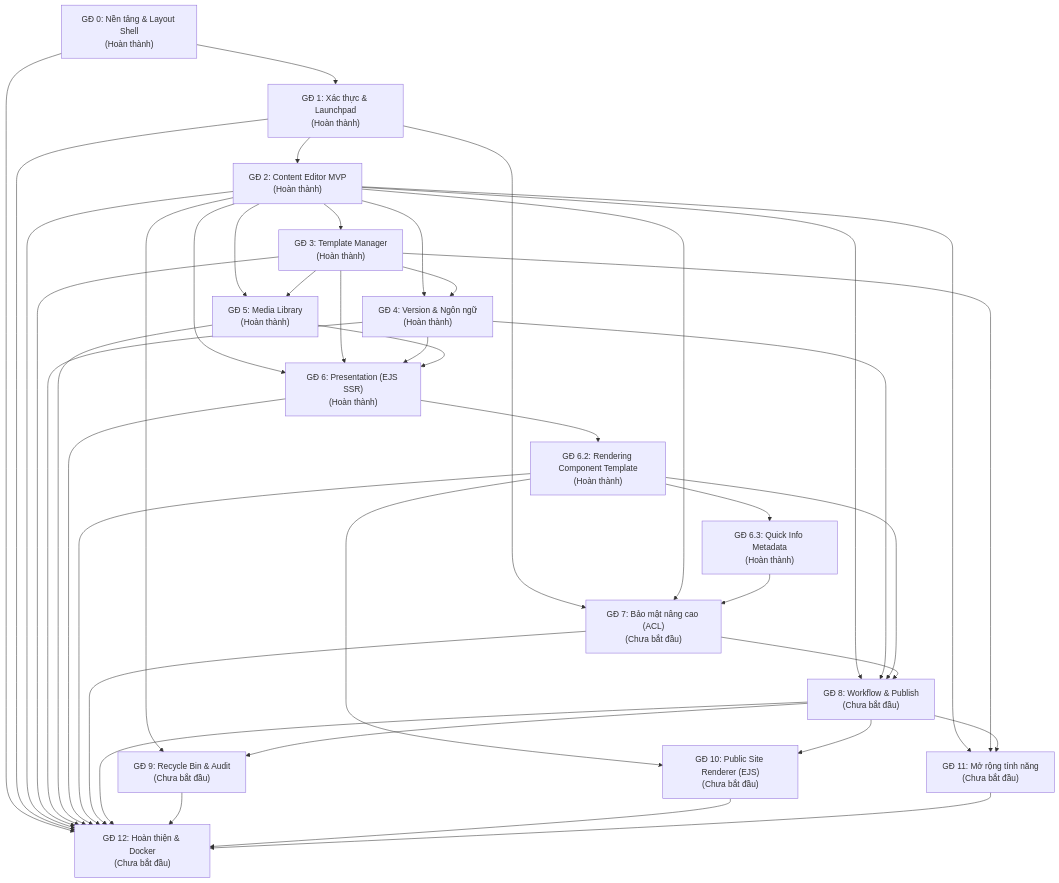
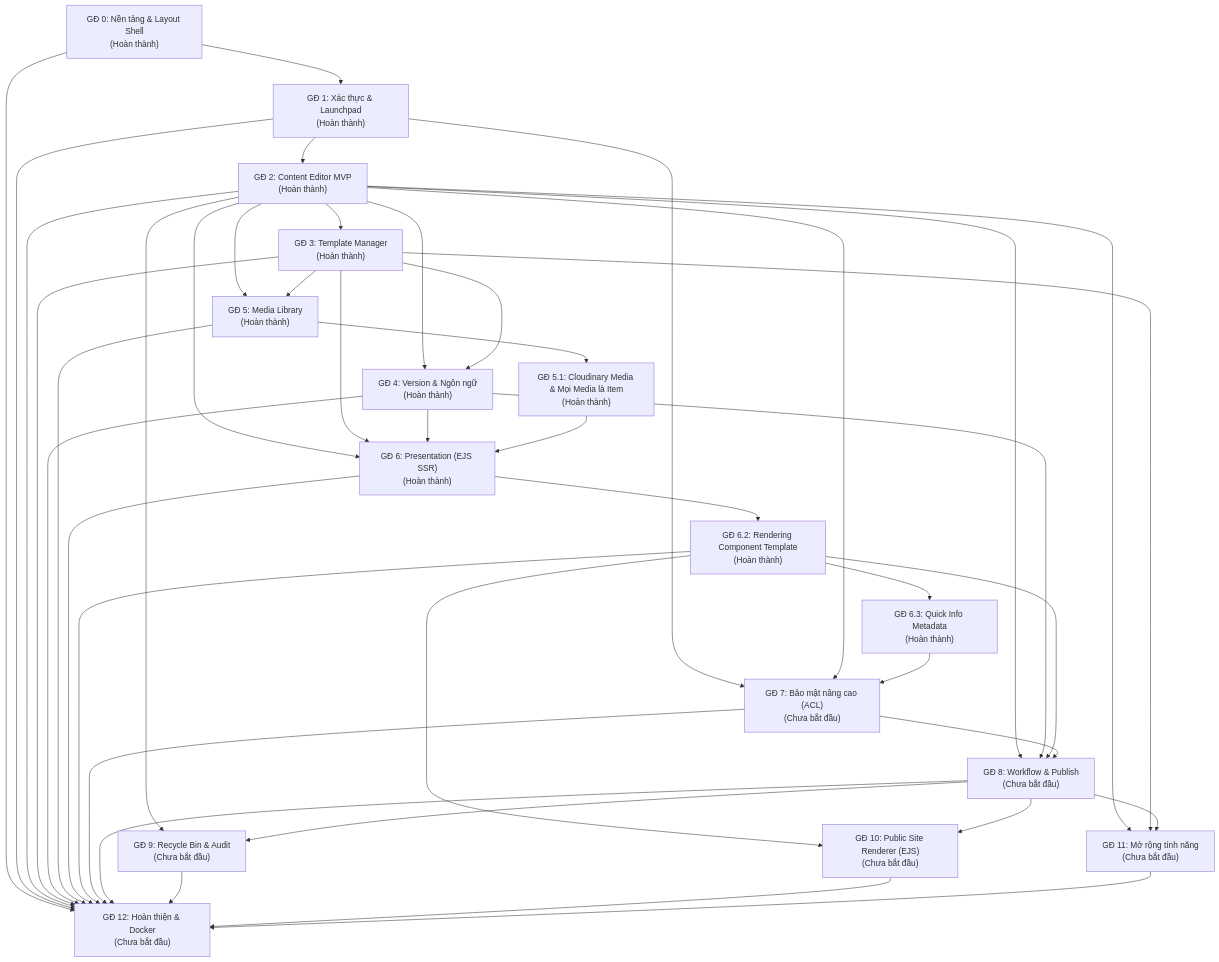
Before and after one commit to mittomao/Admin-CMS: the diagram in docs/phases/README.md, drawn with Mermaid. The commit also changed other lines of this file and 50 other files, not shown here.

````diff
--- a/docs/phases/README.md
+++ b/docs/phases/README.md
@@ -9,17 +9,18 @@
 ```mermaid
 flowchart TD
     GD0["GĐ 0: Nền tảng & Layout Shell<br/>(Hoàn thành)"] --> GD1["GĐ 1: Xác thực & Launchpad<br/>(Hoàn thành)"]
     GD1 --> GD2["GĐ 2: Content Editor MVP<br/>(Hoàn thành)"]
     GD2 --> GD3["GĐ 3: Template Manager<br/>(Hoàn thành)"]
     GD2 & GD3 --> GD4["GĐ 4: Version & Ngôn ngữ<br/>(Hoàn thành)"]
     GD2 & GD3 --> GD5["GĐ 5: Media Library<br/>(Hoàn thành)"]
-    GD2 & GD3 & GD4 & GD5 --> GD6["GĐ 6: Presentation (EJS SSR)<br/>(Hoàn thành)"]
+    GD5 --> GD5_1["GĐ 5.1: Cloudinary Media & Mọi Media là Item<br/>(Hoàn thành)"]
+    GD2 & GD3 & GD4 & GD5_1 --> GD6["GĐ 6: Presentation (EJS SSR)<br/>(Hoàn thành)"]
     GD6 --> GD6_2["GĐ 6.2: Rendering Component Template<br/>(Hoàn thành)"]
     GD6_2 --> GD6_3["GĐ 6.3: Quick Info Metadata<br/>(Hoàn thành)"]
     GD1 & GD2 & GD6_3 --> GD7["GĐ 7: Bảo mật nâng cao (ACL)<br/>(Chưa bắt đầu)"]
     GD2 & GD4 & GD6_2 & GD7 --> GD8["GĐ 8: Workflow & Publish<br/>(Chưa bắt đầu)"]
     GD2 & GD8 --> GD9["GĐ 9: Recycle Bin & Audit<br/>(Chưa bắt đầu)"]
     GD6_2 & GD8 --> GD10["GĐ 10: Public Site Renderer (EJS)<br/>(Chưa bắt đầu)"]
     GD2 & GD3 & GD8 --> GD11["GĐ 11: Mở rộng tính năng<br/>(Chưa bắt đầu)"]
     GD0 & GD1 & GD2 & GD3 & GD4 & GD5 & GD6 & GD6_2 & GD7 & GD8 & GD9 & GD10 & GD11 --> GD12["GĐ 12: Hoàn thiện & Docker<br/>(Chưa bắt đầu)"]
 ```
````
